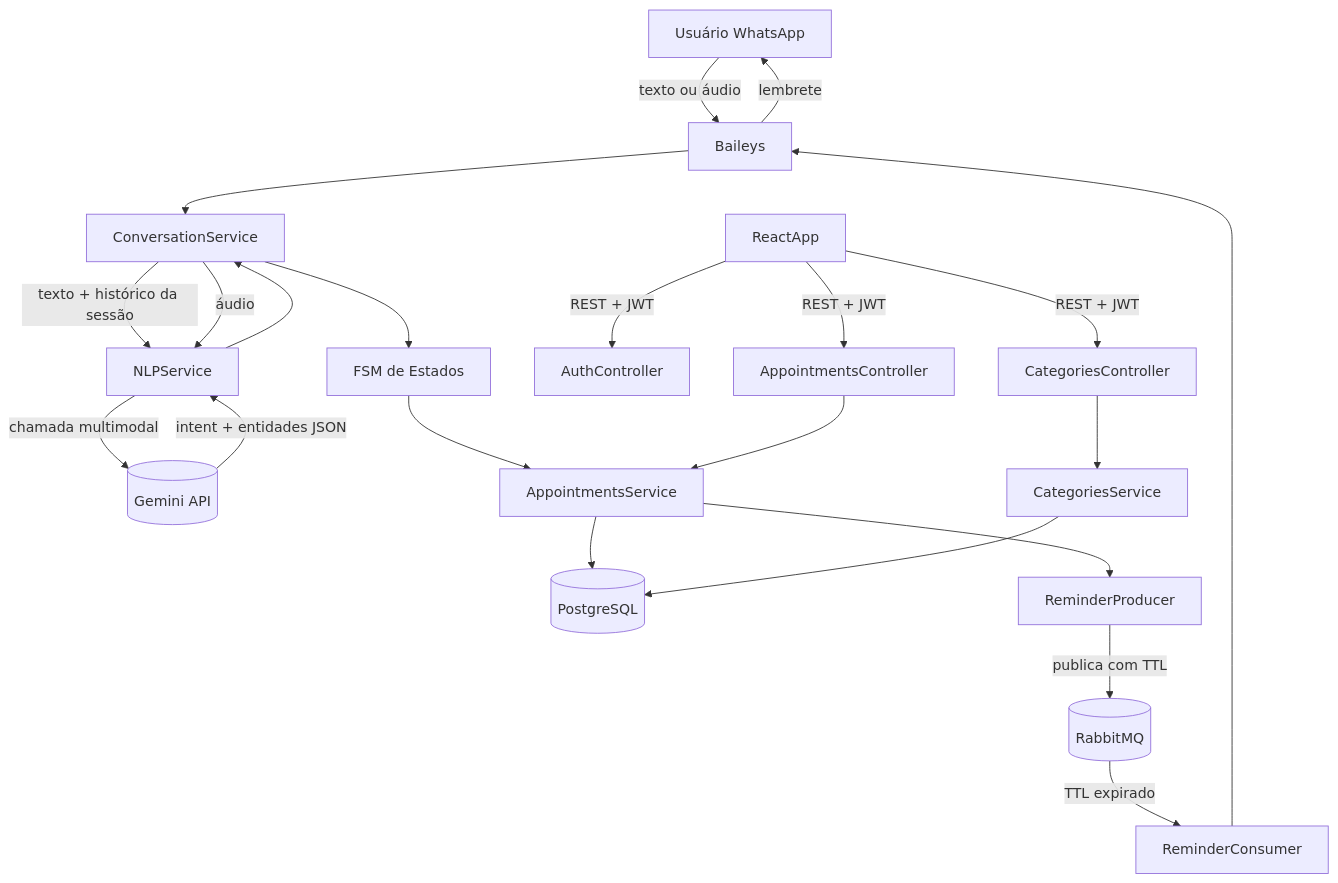
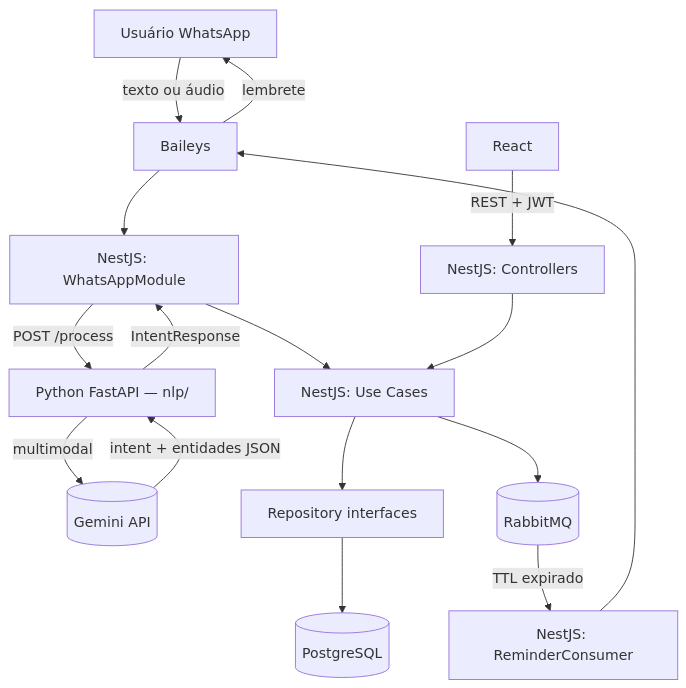
One commit to GustavoDaMassa/ZapAgenda changed the diagram in docs/arquitetura.md. Above: the diagram before and after it, drawn with Mermaid. The commit also changed other lines of this file and 33 other files, not shown here.

First line of the commit message:
chore: project setup — NestJS (clean arch) + Python FastAPI (nlp) + React

````diff
--- a/docs/arquitetura.md
+++ b/docs/arquitetura.md
@@ -23,25 +25,19 @@
 ```mermaid
 graph TD
     U[Usuário WhatsApp] -->|texto ou áudio| Baileys
-    Baileys --> ConversationService
-    ConversationService -->|texto + histórico da sessão| NLPService
-    ConversationService -->|áudio| NLPService
-    NLPService -->|chamada multimodal| Gemini[(Gemini API)]
-    Gemini -->|intent + entidades JSON| NLPService
-    NLPService --> ConversationService
-    ConversationService --> FSM[FSM de Estados]
-    FSM --> AppointmentsService
-    AppointmentsService --> PostgreSQL[(PostgreSQL)]
-    AppointmentsService --> ReminderProducer
-    ReminderProducer -->|publica com TTL| RabbitMQ[(RabbitMQ)]
-    RabbitMQ -->|TTL expirado| ReminderConsumer
-    ReminderConsumer --> Baileys
+    Baileys --> WA[NestJS: WhatsAppModule]
+    WA -->|POST /process| NLP[Python FastAPI — nlp/]
+    NLP -->|multimodal| Gemini[(Gemini API)]
+    Gemini -->|intent + entidades JSON| NLP
+    NLP -->|IntentResponse| WA
+    WA --> UC[NestJS: Use Cases]
+    UC --> Repo[Repository interfaces]
+    Repo --> PG[(PostgreSQL)]
+    UC --> RMQ[(RabbitMQ)]
+    RMQ -->|TTL expirado| Consumer[NestJS: ReminderConsumer]
+    Consumer --> Baileys
     Baileys -->|lembrete| U
 
-    ReactApp -->|REST + JWT| AuthController
-    ReactApp -->|REST + JWT| AppointmentsController
-    ReactApp -->|REST + JWT| CategoriesController
-    AppointmentsController --> AppointmentsService
-    CategoriesController --> CategoriesService
-    CategoriesService --> PostgreSQL
+    React -->|REST + JWT| Controllers[NestJS: Controllers]
+    Controllers --> UC
 ```
````
